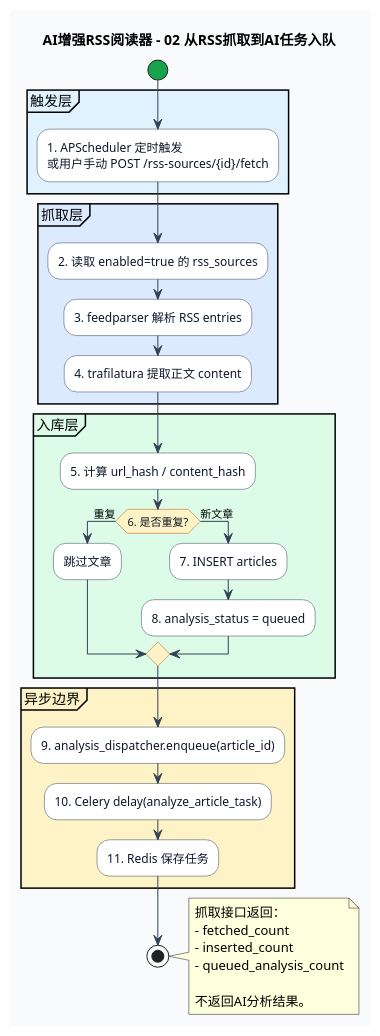
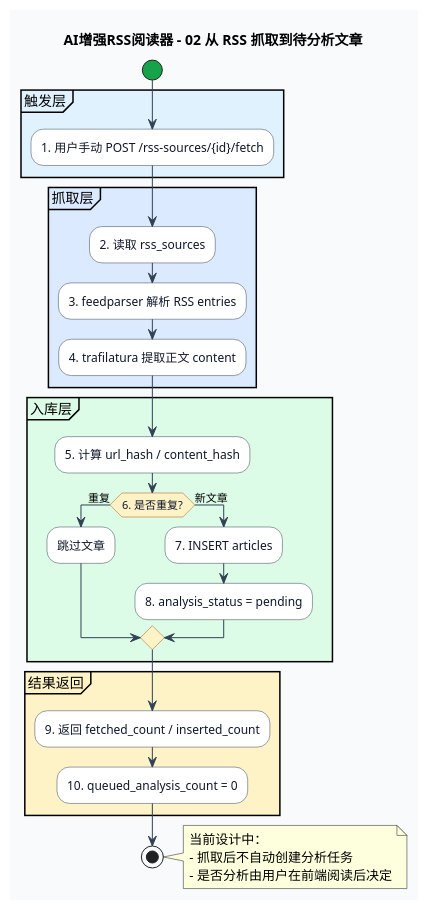
One commit to ltm84532430-max/RSS changed the second of 8 diagrams in RSS项目/系统.puml. Above: the diagram before and after it, drawn with PlantUML. The commit also changed other lines of this file and 2 other files, not shown here.

Commit message:
Update UML for manual analysis flow and fix frontend nested button bug

```diff
--- a/RSS项目/系统.puml
+++ b/RSS项目/系统.puml
@@ -86,57 +87,53 @@
-@startuml AI_RSS_02_Ingestion_To_Queue
-title AI增强RSS阅读器 - 02 从RSS抓取到AI任务入队
+@startuml AI_RSS_02_Ingestion_To_Pending
+title AI增强RSS阅读器 - 02 从 RSS 抓取到待分析文章
 
 skinparam backgroundColor #F8FAFC
 skinparam shadowing false
 skinparam defaultFontName Microsoft YaHei
 skinparam ArrowColor #334155
 skinparam activity {
   BackgroundColor #FFFFFF
   BorderColor #334155
   FontColor #0F172A
   DiamondBackgroundColor #FEF3C7
   DiamondBorderColor #B45309
   StartColor #16A34A
   EndColor #DC2626
 }
 
 start
 
 partition "触发层" #E0F2FE {
-  :1. APScheduler 定时触发\n或用户手动 POST /rss-sources/{id}/fetch;
+  :1. 用户手动 POST /rss-sources/{id}/fetch;
 }
 
 partition "抓取层" #DBEAFE {
-  :2. 读取 enabled=true 的 rss_sources;
+  :2. 读取 rss_sources;
   :3. feedparser 解析 RSS entries;
   :4. trafilatura 提取正文 content;
 }
 
 partition "入库层" #DCFCE7 {
   :5. 计算 url_hash / content_hash;
   if (6. 是否重复?) then (重复)
     :跳过文章;
   else (新文章)
     :7. INSERT articles;
-    :8. analysis_status = queued;
+    :8. analysis_status = pending;
   endif
 }
 
-partition "异步边界" #FEF3C7 {
-  :9. analysis_dispatcher.enqueue(article_id);
-  :10. Celery delay(analyze_article_task);
-  :11. Redis 保存任务;
+partition "结果返回" #FEF3C7 {
+  :9. 返回 fetched_count / inserted_count;
+  :10. queued_analysis_count = 0;
 }
 
 stop
 
 note right
-抓取接口返回：
-- fetched_count
-- inserted_count
-- queued_analysis_count
-
-不返回AI分析结果。
+当前设计中：
+- 抓取后不自动创建分析任务
+- 是否分析由用户在前端阅读后决定
 end note
 
 @enduml
```
